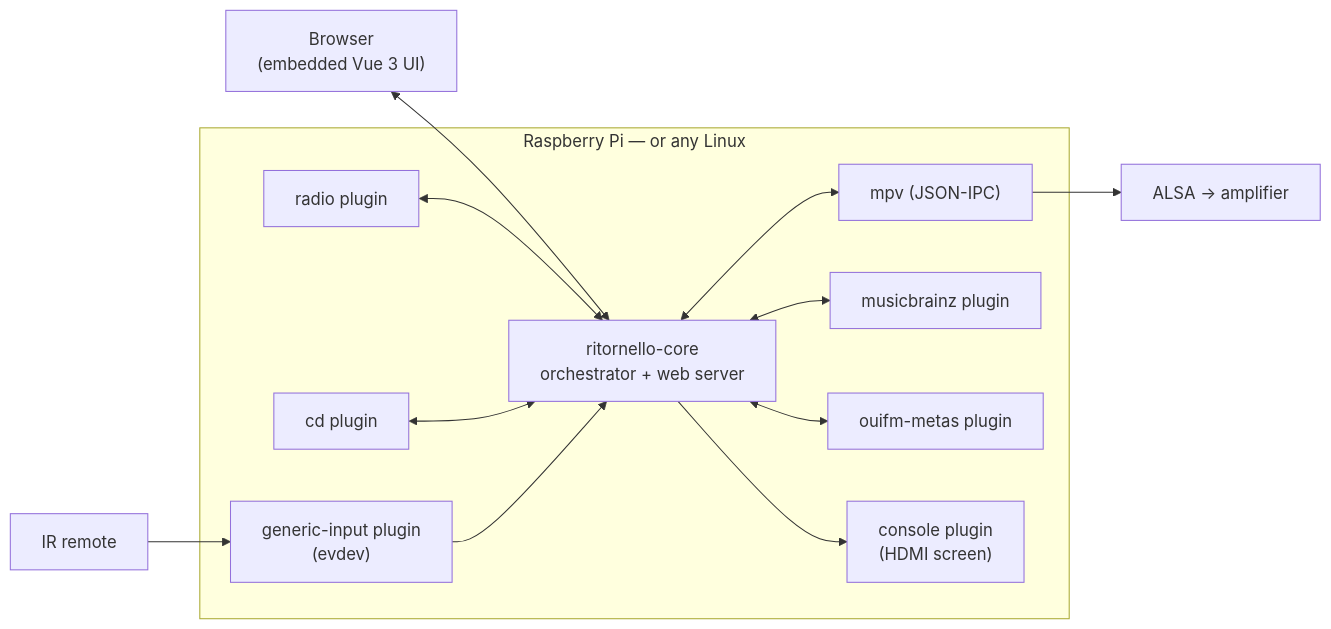
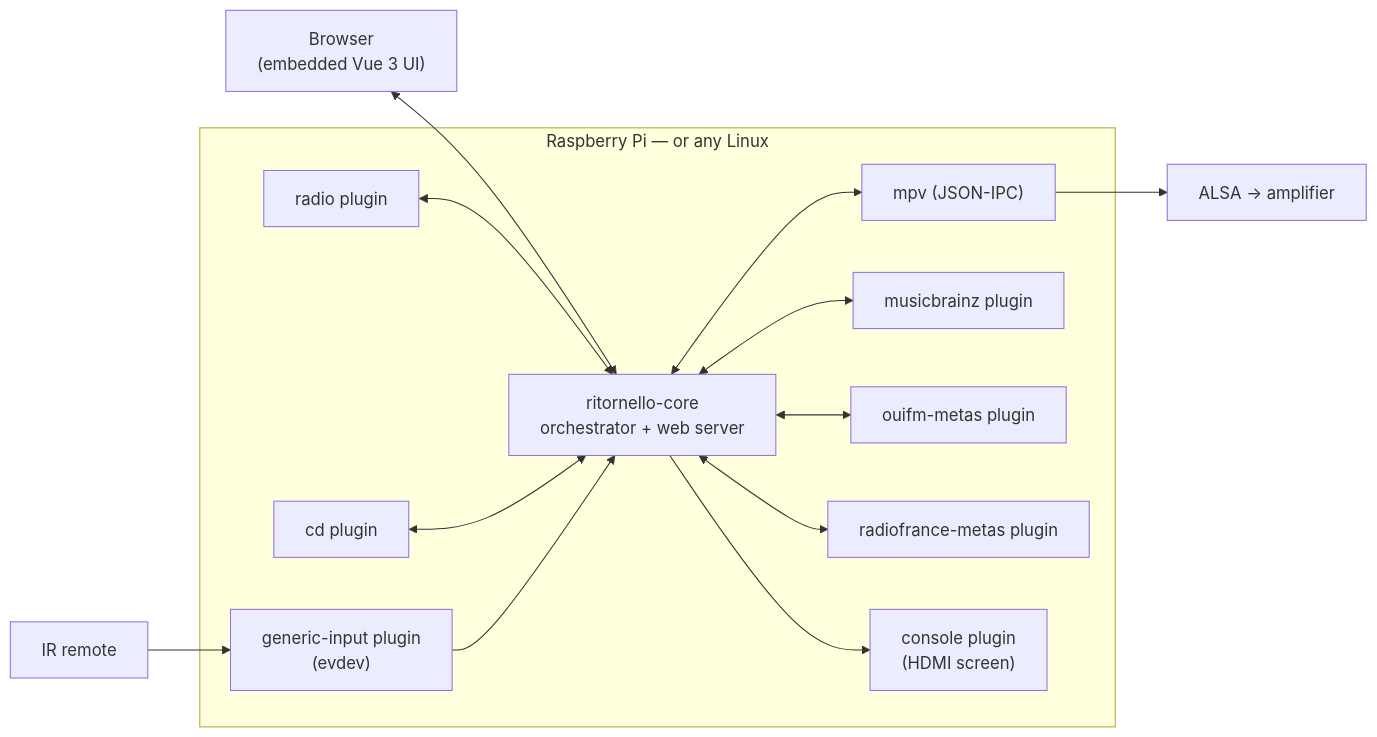
Before and after one commit to skerdudou/ritornello: the diagram in README.md, drawn with Mermaid. The commit also changed other lines of this file and 14 other files, not shown here.

````diff
--- a/README.md
+++ b/README.md
@@ -46,17 +47,18 @@
 ```mermaid
 flowchart LR
     ir["IR remote"] --> input
     browser["Browser<br/>(embedded Vue 3 UI)"] <--> core
     subgraph device["Raspberry Pi — or any Linux"]
         core["ritornello-core<br/>orchestrator + web server"]
         mpv["mpv (JSON-IPC)"]
         radio["radio plugin"] <--> core
         cd["cd plugin"] <--> core
         core <--> mb["musicbrainz plugin"]
         core <--> ouifm["ouifm-metas plugin"]
+        core <--> rf["radiofrance-metas plugin"]
         input["generic-input plugin<br/>(evdev)"] --> core
         core --> console["console plugin<br/>(HDMI screen)"]
         core <--> mpv
     end
     mpv --> hp["ALSA → amplifier"]
 ```
````
